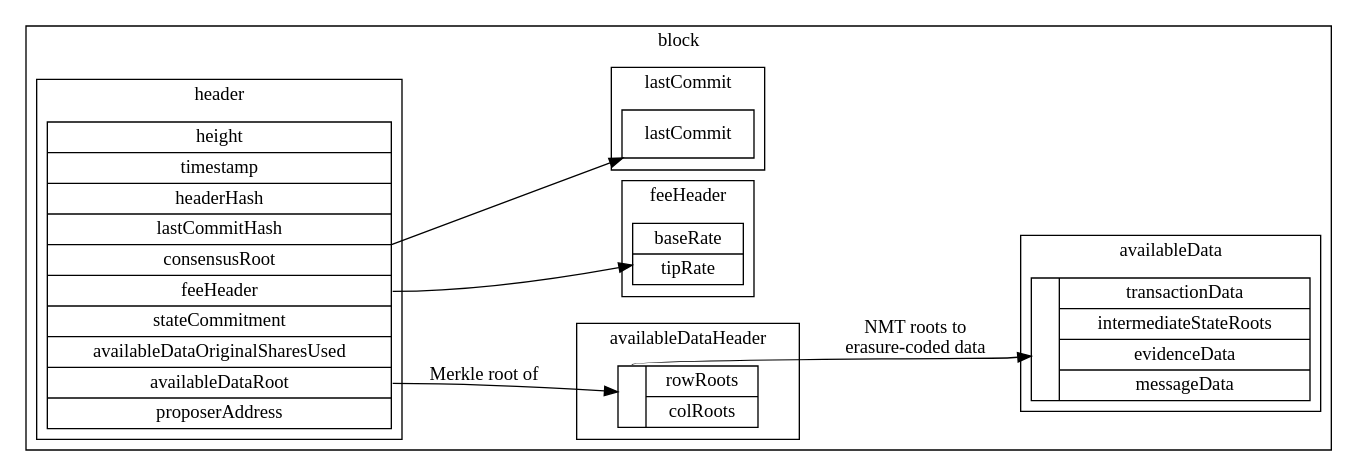
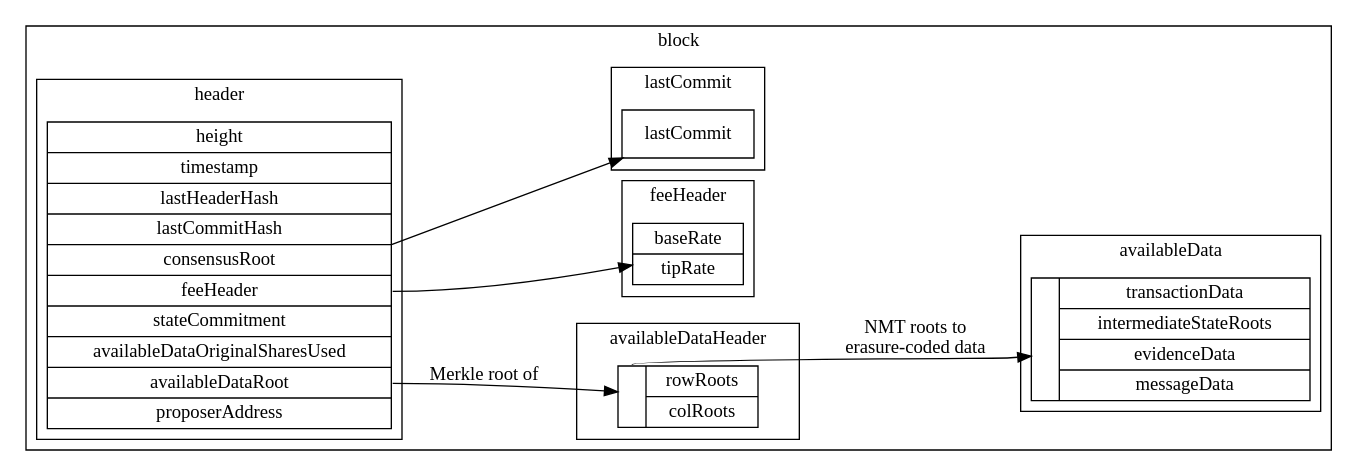
The diagram in specs/figures/block_data_structures.dot (celestiaorg/celestia-specs), drawn with Graphviz before and after one commit. The commit also changed 1 other file, not shown here.

```diff
--- a/specs/figures/block_data_structures.dot
+++ b/specs/figures/block_data_structures.dot
@@ -1,42 +1,42 @@
 digraph G {
     rankdir = "LR";
     node [shape = record];
 
     subgraph cluster_block {
         label = "block";
 
         subgraph cluster_availableheader {
             label = "availableDataHeader";
             struct5 [label = "{<f0> | { rowRoots | colRoots } }"];
         }
 
         subgraph cluster_body {
             label = "availableData";
             struct4 [label = "{ | { transactionData | intermediateStateRoots | evidenceData | messageData } }"];
         }
 
         subgraph cluster_feeheader {
             label = "feeHeader";
             struct3 [label = "baseRate | tipRate"];
         }
 
         subgraph cluster_lastcommit {
             label = "lastCommit";
             struct2 [label = "{lastCommit}"];
         }
 
         subgraph cluster_header {
             label = "header";
-            struct1 [label = "height | timestamp | headerHash | <f3> lastCommitHash | consensusRoot | <f5> feeHeader | stateCommitment | availableDataOriginalSharesUsed | <f8> availableDataRoot | proposerAddress"];
+            struct1 [label = "height | timestamp | lastHeaderHash | <f3> lastCommitHash | consensusRoot | <f5> feeHeader | stateCommitment | availableDataOriginalSharesUsed | <f8> availableDataRoot | proposerAddress"];
         }
     }
 
     struct1:f4 -> struct2;
     struct1:f5 -> struct3;
     struct1:f8 -> struct5 [label = "Merkle root of"];
     struct5:f0 -> struct4 [label = "NMT roots to\nerasure-coded data"];
 
     edge [style = invis];
     struct1 -> struct4;
     struct1 -> struct5;
 }
```
